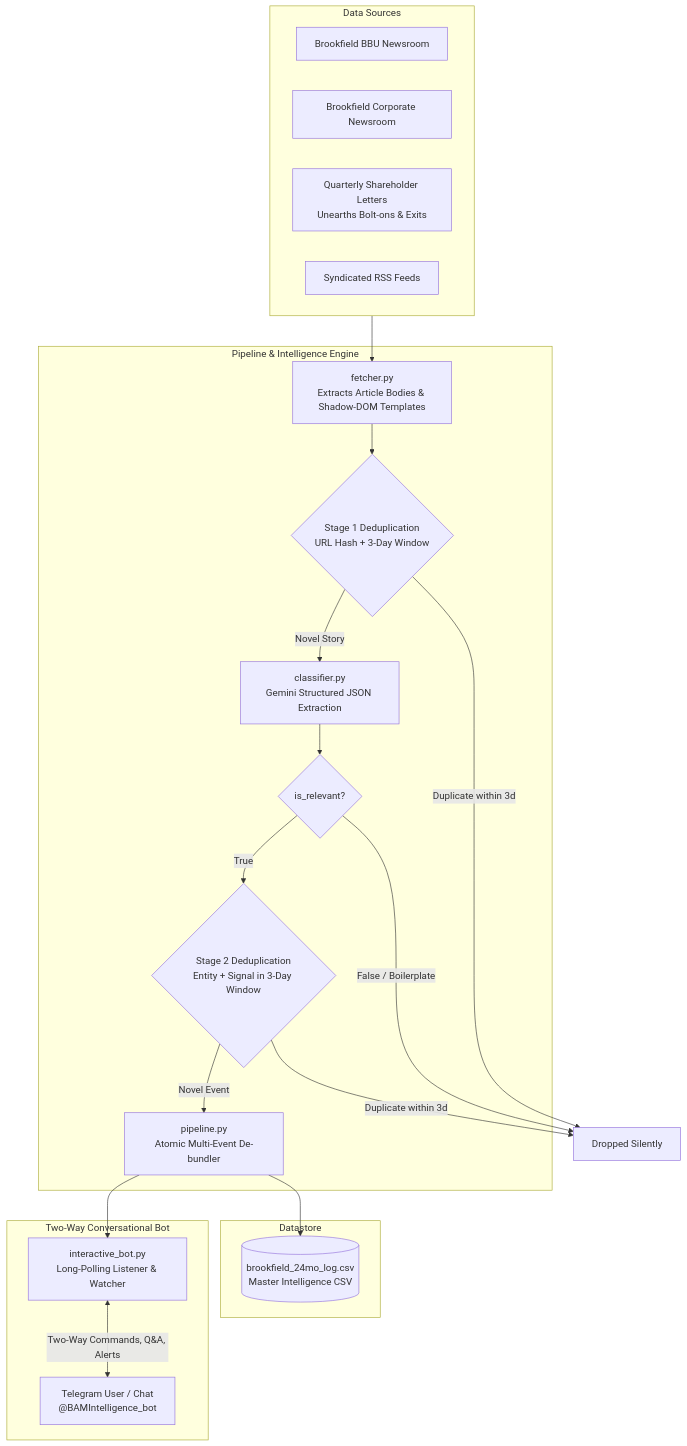
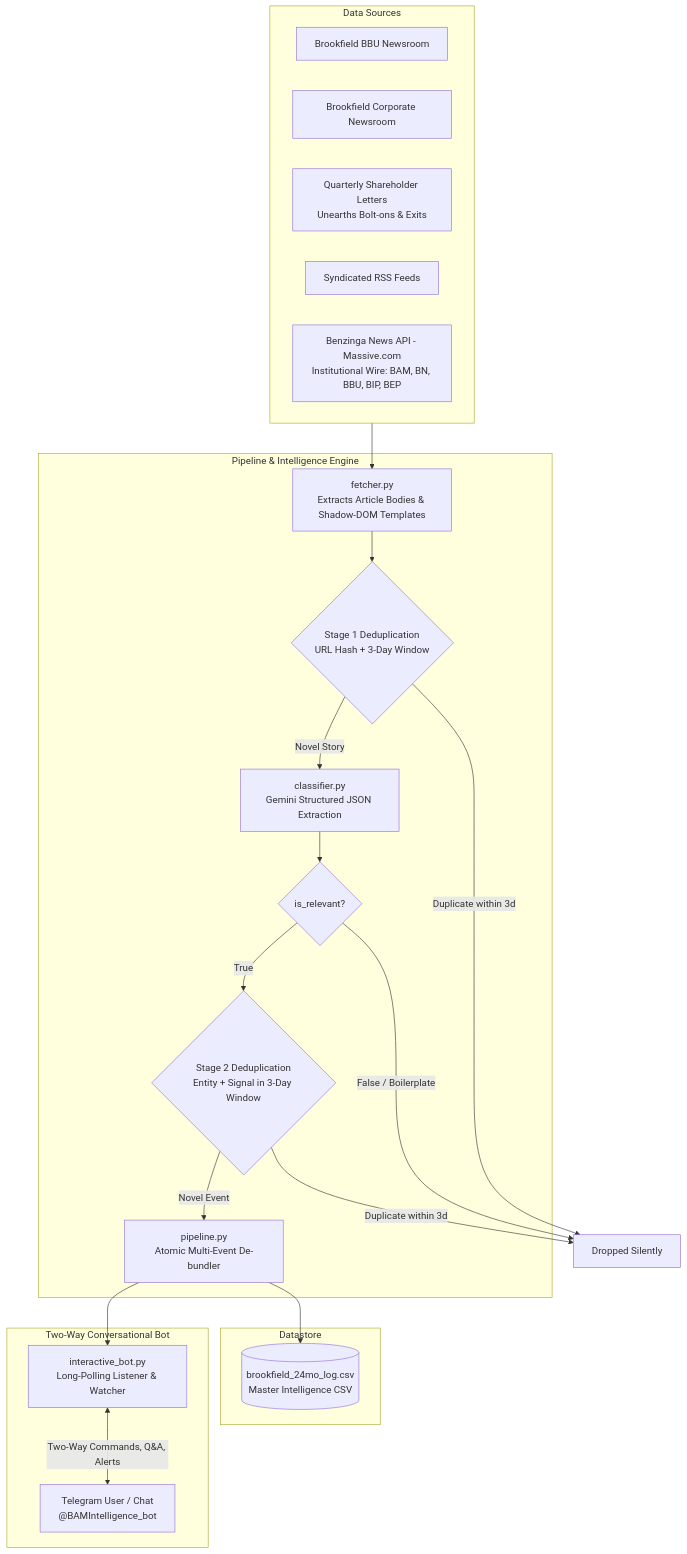
The diagram in README.md (elitherare/Brookfield-DIgest), drawn with Mermaid before and after one commit. The commit also changed other lines of this file and 7 other files, not shown here.

Commit message:
feat: Integrate Benzinga News API (Massive.com) and /wire command

````diff
--- a/README.md
+++ b/README.md
@@ -11,40 +11,41 @@
 ```mermaid
 flowchart TD
     subgraph Sources [Data Sources]
         A1[Brookfield BBU Newsroom]
         A2[Brookfield Corporate Newsroom]
         A3[Quarterly Shareholder Letters\nUnearths Bolt-ons & Exits]
         A4[Syndicated RSS Feeds]
+        A5[Benzinga News API - Massive.com\nInstitutional Wire: BAM, BN, BBU, BIP, BEP]
     end
 
     subgraph Core [Pipeline & Intelligence Engine]
         B[fetcher.py\nExtracts Article Bodies & Shadow-DOM Templates]
         C{Stage 1 Deduplication\nURL Hash + 3-Day Window}
         D[classifier.py\nGemini Structured JSON Extraction]
         E{is_relevant?}
         F{Stage 2 Deduplication\nEntity + Signal in 3-Day Window}
         G[pipeline.py\nAtomic Multi-Event De-bundler]
     end
 
     subgraph Storage [Datastore]
         H[(brookfield_24mo_log.csv\nMaster Intelligence CSV)]
     end
 
     subgraph Telegram [Two-Way Conversational Bot]
         I[interactive_bot.py\nLong-Polling Listener & Watcher]
         J[Telegram User / Chat\n@BAMIntelligence_bot]
     end
 
     Sources --> B
     B --> C
     C -->|Novel Story| D
     C -->|Duplicate within 3d| X[Dropped Silently]
     D --> E
     E -->|False / Boilerplate| X
     E -->|True| F
     F -->|Novel Event| G
     F -->|Duplicate within 3d| X
     G --> H
     G --> I
     I <-->|Two-Way Commands, Q&A, Alerts| J
 ```
````
